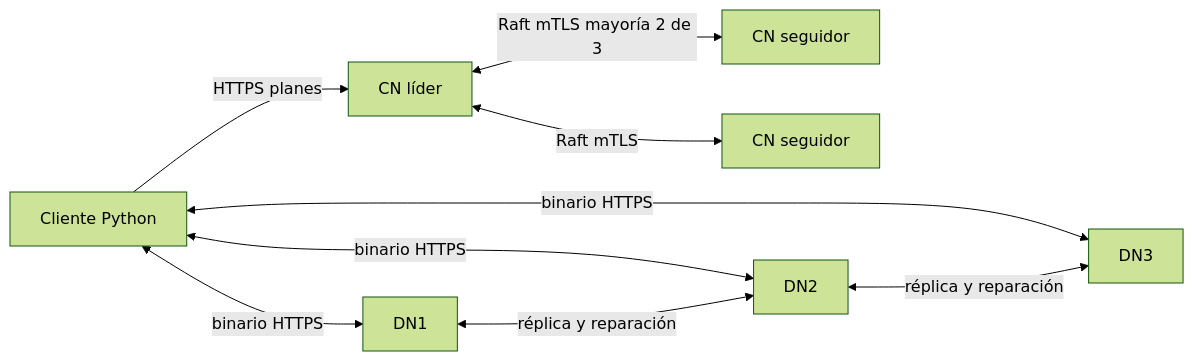
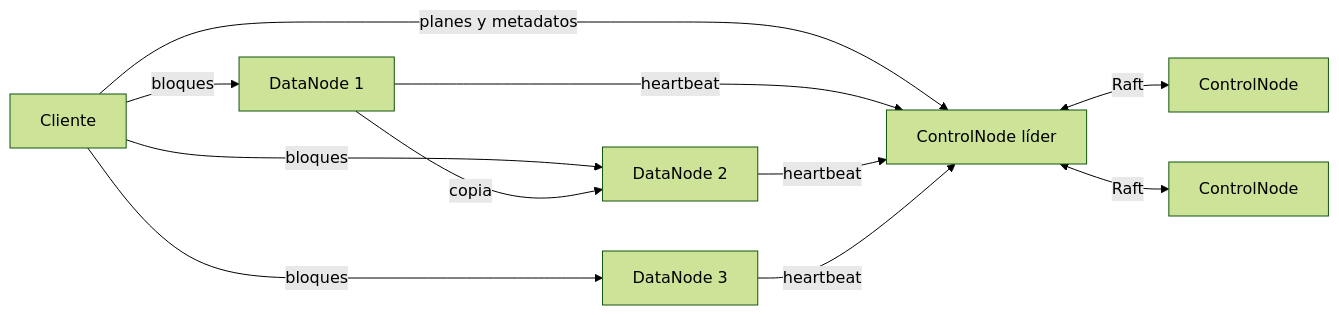
Before and after one commit to AndresVelezR/DFSha---Distributed-Systems: the diagram in README.md, drawn with Mermaid (forest theme). The commit also changed other lines of this file and 1 other file, not shown here.

````diff
--- a/README.md
+++ b/README.md
@@ -62,11 +18,11 @@
 ```mermaid
 flowchart LR
- C[Cliente Python] -->|HTTPS planes| L[CN líder]
- L <-->|Raft mTLS mayoría 2 de 3| F1[CN seguidor]
- L <-->|Raft mTLS| F2[CN seguidor]
- C <-->|binario HTTPS| D1[DN1]
- C <-->|binario HTTPS| D2[DN2]
- C <-->|binario HTTPS| D3[DN3]
- D1 <-->|réplica y reparación| D2
- D2 <-->|réplica y reparación| D3
+  C[Cliente] -- planes y metadatos --> L[ControlNode líder]
+  L <-- Raft --> F1[ControlNode]
+  L <-- Raft --> F2[ControlNode]
+  C -- bloques --> D1[DataNode 1]
+  C -- bloques --> D2[DataNode 2]
+  C -- bloques --> D3[DataNode 3]
+  D1 -- copia --> D2
+  D1 & D2 & D3 -- heartbeat --> L
 ```
````
